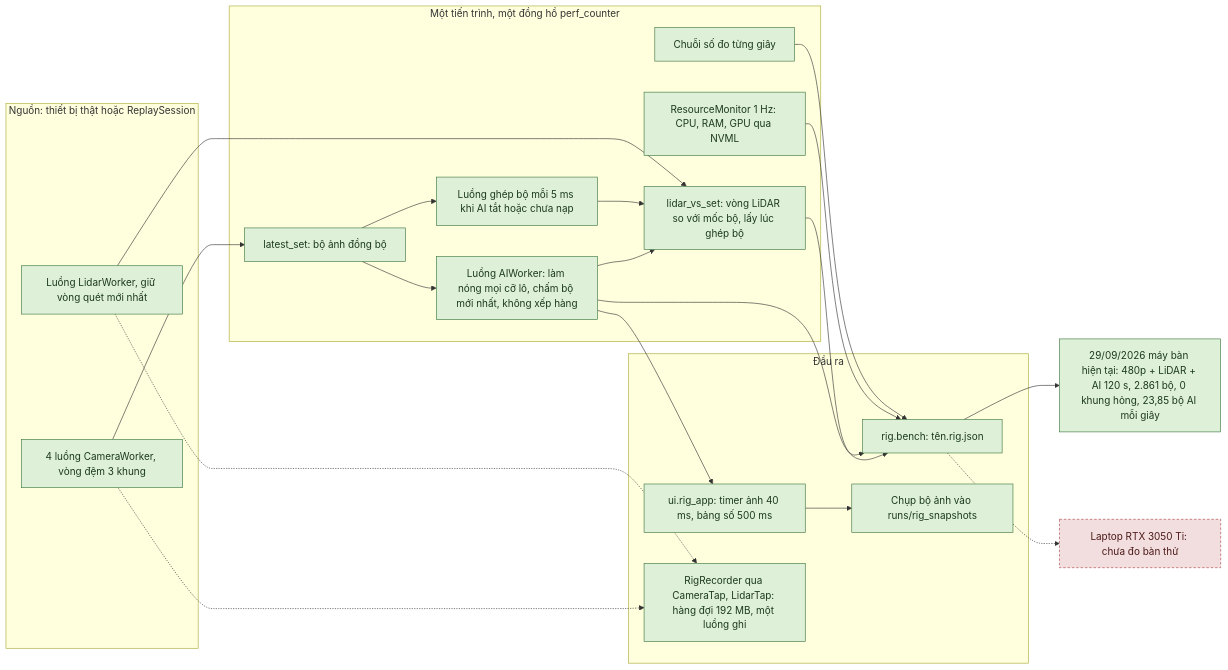
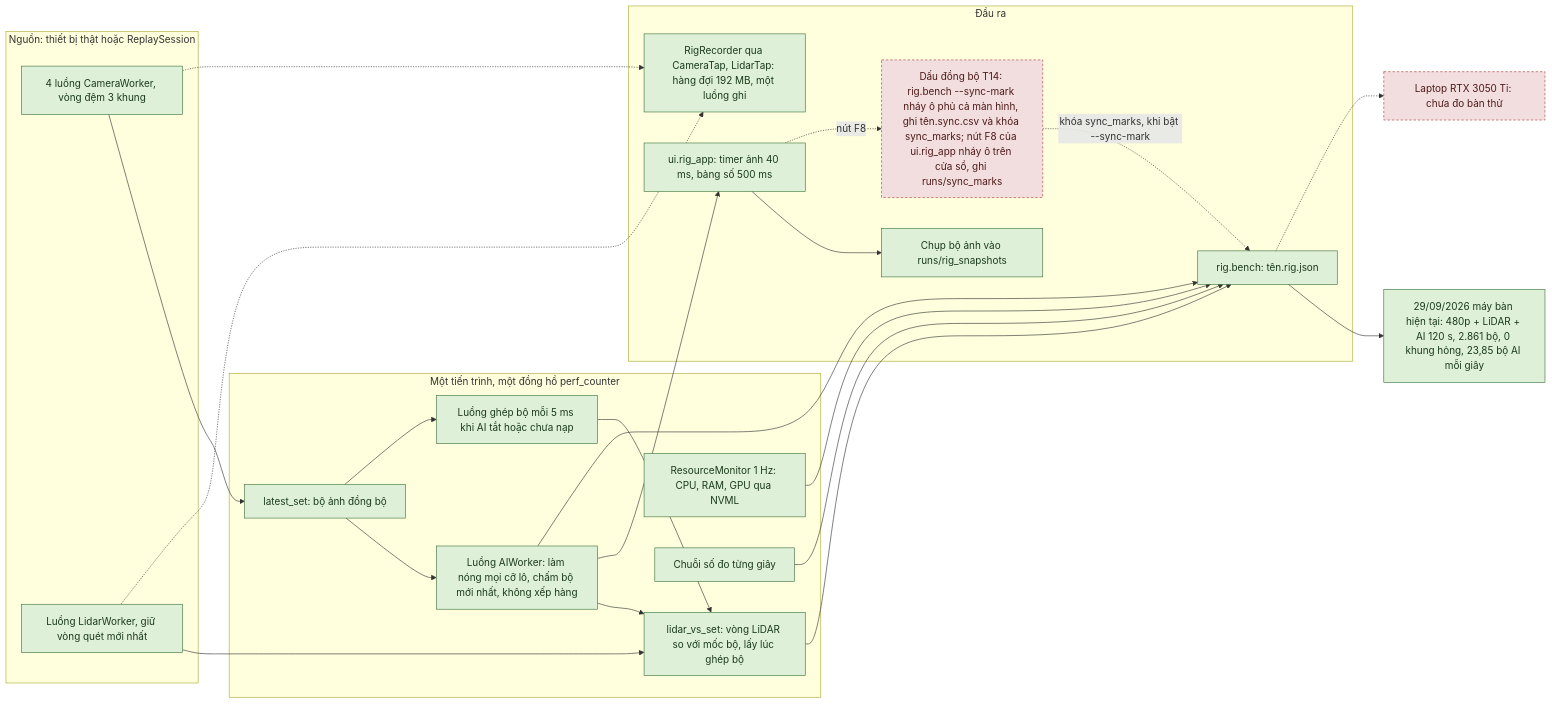
Diagram 22 of 49 in autopark/docs/SO_DO_HE_THONG.md (thbn12082/autopark), drawn with Mermaid before and after one commit. The commit also changed other lines of this file and 82 other files, not shown here.

````diff
--- a/autopark/docs/SO_DO_HE_THONG.md
+++ b/autopark/docs/SO_DO_HE_THONG.md
@@ -1192,44 +1303,47 @@
 ```mermaid
 flowchart LR
     subgraph NGUON["Nguồn: thiết bị thật hoặc ReplaySession"]
         CW["4 luồng CameraWorker, vòng đệm 3 khung"]
         LW["Luồng LidarWorker, giữ vòng quét mới nhất"]
     end
     subgraph XULY["Một tiến trình, một đồng hồ perf_counter"]
         SETS["latest_set: bộ ảnh đồng bộ"]
         AI["Luồng AIWorker: làm nóng mọi cỡ lô, chấm bộ mới nhất, không xếp hàng"]
         SL["Luồng ghép bộ mỗi 5 ms khi AI tắt hoặc chưa nạp"]
         OFF["lidar_vs_set: vòng LiDAR so với mốc bộ, lấy lúc ghép bộ"]
         RM["ResourceMonitor 1 Hz: CPU, RAM, GPU qua NVML"]
         SER["Chuỗi số đo từng giây"]
     end
     subgraph RA["Đầu ra"]
         JSON["rig.bench: tên.rig.json"]
         UI["ui.rig_app: timer ảnh 40 ms, bảng số 500 ms"]
         SNAP["Chụp bộ ảnh vào runs/rig_snapshots"]
         REC["RigRecorder qua CameraTap, LidarTap: hàng đợi 192 MB, một luồng ghi"]
+        SYNC["Dấu đồng bộ T14: rig.bench --sync-mark nháy ô phủ cả màn hình, ghi tên.sync.csv và khóa sync_marks; nút F8 của ui.rig_app nháy ô trên cửa sổ, ghi runs/sync_marks"]
     end
     M29["29/09/2026 máy bàn hiện tại: 480p + LiDAR + AI 120 s, 2.861 bộ, 0 khung hỏng, 23,85 bộ AI mỗi giây"]
     LAP["Laptop RTX 3050 Ti: chưa đo bàn thử"]
     CW --> SETS
     SETS --> AI
     SETS --> SL
     AI --> OFF
     SL --> OFF
     LW --> OFF
     AI --> UI
     AI --> JSON
     OFF --> JSON
     RM --> JSON
     SER --> JSON
     UI --> SNAP
     CW -.-> REC
     LW -.-> REC
+    SYNC -.->|khóa sync_marks, khi bật --sync-mark| JSON
+    UI -.->|nút F8| SYNC
     JSON --> M29
     JSON -.-> LAP
     classDef daco fill:#dff0d8,stroke:#3c763d,color:#1b3a1b
     classDef giaLap fill:#fcf8e3,stroke:#8a6d3b,color:#4d3b12
     classDef chuaLam fill:#f2dede,stroke:#a94442,color:#4d1a1a,stroke-dasharray: 4 3
     class CW,LW,SETS,AI,SL,OFF,RM,SER,JSON,UI,SNAP,REC,M29 daco
-    class LAP chuaLam
+    class LAP,SYNC chuaLam
 ```
````
